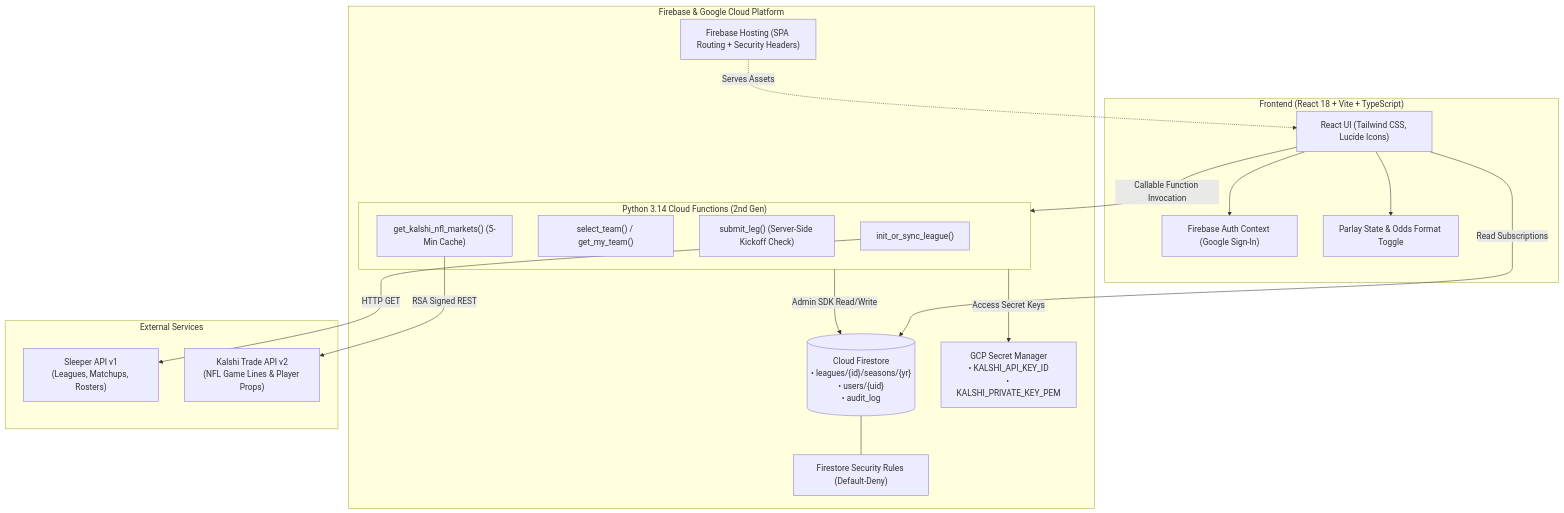
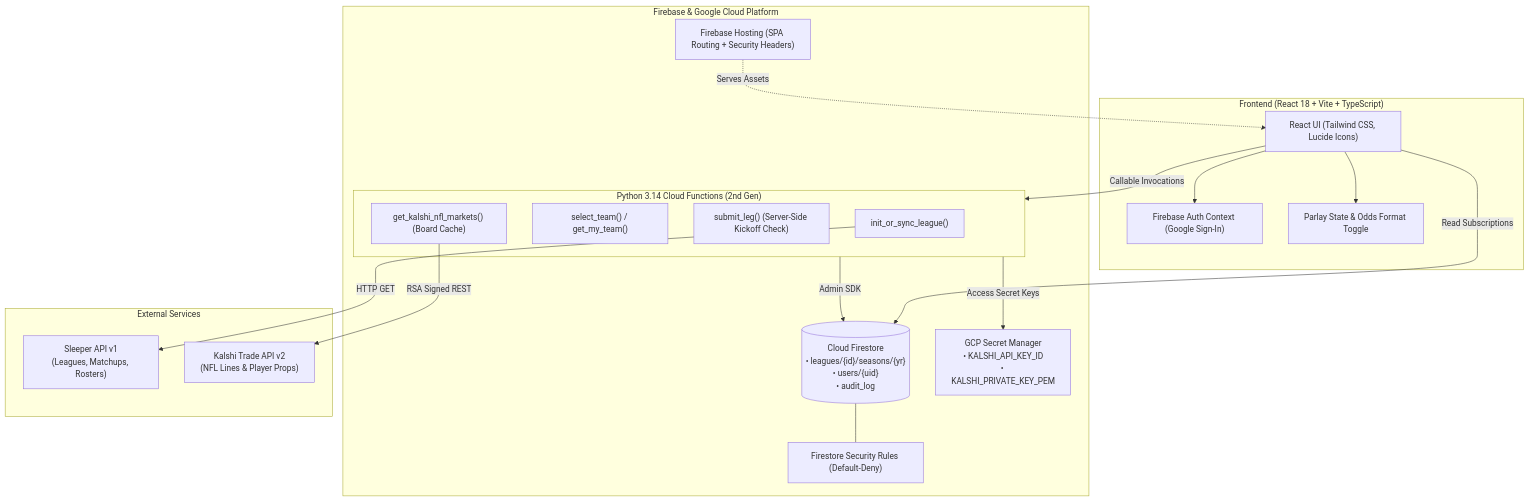
Before and after one commit to goodwin616/team_parlay: the second of 2 diagrams in README.md, drawn with Mermaid. The commit also changed other lines of this file, not shown here.

````diff
--- a/README.md
+++ b/README.md
@@ -79,38 +69,38 @@
 ```mermaid
 flowchart TD
     subgraph Client ["Frontend (React 18 + Vite + TypeScript)"]
         UI["React UI (Tailwind CSS, Lucide Icons)"]
         AuthCtx["Firebase Auth Context (Google Sign-In)"]
         State["Parlay State & Odds Format Toggle"]
         UI --> AuthCtx
         UI --> State
     end
 
     subgraph FirebaseGCP ["Firebase & Google Cloud Platform"]
         Hosting["Firebase Hosting (SPA Routing + Security Headers)"]
         Firestore[("Cloud Firestore\n• leagues/{id}/seasons/{yr}\n• users/{uid}\n• audit_log")]
         SecRules["Firestore Security Rules (Default-Deny)"]
         Secrets["GCP Secret Manager\n• KALSHI_API_KEY_ID\n• KALSHI_PRIVATE_KEY_PEM"]
         
         subgraph CloudFunctions ["Python 3.14 Cloud Functions (2nd Gen)"]
             F_Sync["init_or_sync_league()"]
             F_Team["select_team() / get_my_team()"]
             F_Submit["submit_leg() (Server-Side Kickoff Check)"]
-            F_Kalshi["get_kalshi_nfl_markets() (5-Min Cache)"]
+            F_Kalshi["get_kalshi_nfl_markets() (Board Cache)"]
         end
     end
 
     subgraph ExternalAPIs ["External Services"]
         SleeperAPI["Sleeper API v1\n(Leagues, Matchups, Rosters)"]
-        KalshiAPI["Kalshi Trade API v2\n(NFL Game Lines & Player Props)"]
+        KalshiAPI["Kalshi Trade API v2\n(NFL Lines & Player Props)"]
     end
 
     UI -->|Read Subscriptions| Firestore
-    UI -->|Callable Function Invocation| CloudFunctions
+    UI -->|Callable Invocations| CloudFunctions
     Firestore --- SecRules
-    CloudFunctions -->|Admin SDK Read/Write| Firestore
+    CloudFunctions -->|Admin SDK| Firestore
     CloudFunctions -->|Access Secret Keys| Secrets
     F_Sync -->|HTTP GET| SleeperAPI
     F_Kalshi -->|RSA Signed REST| KalshiAPI
     Hosting -.->|Serves Assets| UI
 ```
````
